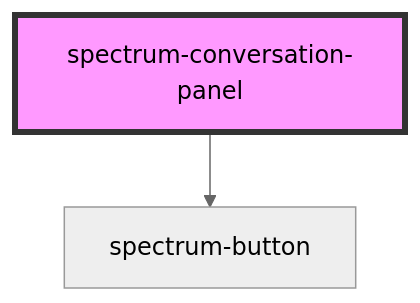
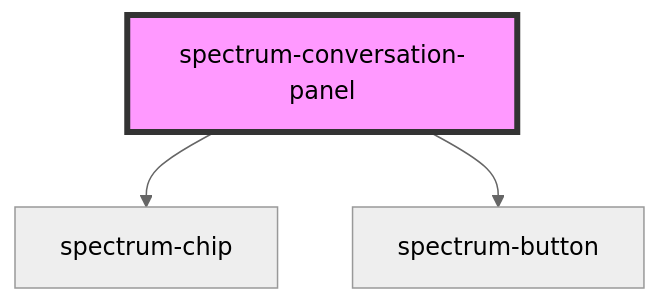
One commit to emamirelar/spectrum changed the diagram in packages/core/src/components/spectrum-conversation-panel/readme.md. Above: the diagram before and after it, drawn with Mermaid (neutral theme). The commit also changed other lines of this file and 3 other files, not shown here.

````diff
--- a/packages/core/src/components/spectrum-conversation-panel/readme.md
+++ b/packages/core/src/components/spectrum-conversation-panel/readme.md
@@ -47,5 +48,6 @@
 ```mermaid
 graph TD;
+  spectrum-conversation-panel --> spectrum-chip
   spectrum-conversation-panel --> spectrum-button
   style spectrum-conversation-panel fill:#f9f,stroke:#333,stroke-width:4px
 ```
````
